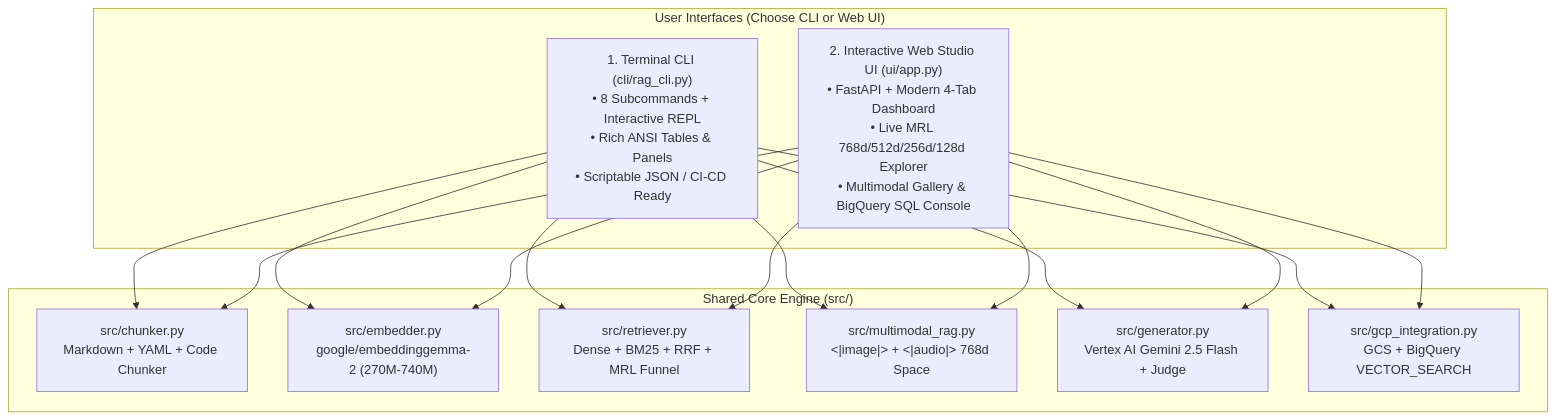
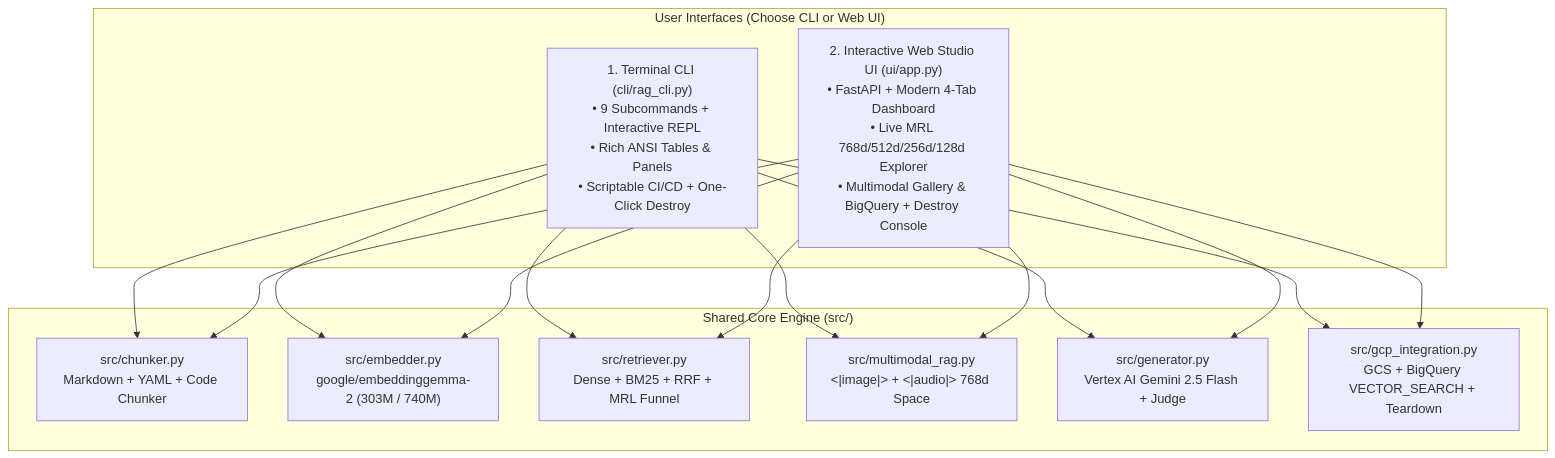
One commit to ajithvnr2001/sarvam-docs changed the diagram in rag-embeddinggemma2-course/course/10_cli_and_ui_master_guide.md. Above: the diagram before and after it, drawn with Mermaid. The commit also changed other lines of this file and 14 other files, not shown here.

Commit message:
Fix all GFM/KaTeX/Mermaid lint issues & upgrade all 11 RAG course modules to MIT-Professor 4-pillar standard

````diff
--- a/rag-embeddinggemma2-course/course/10_cli_and_ui_master_guide.md
+++ b/rag-embeddinggemma2-course/course/10_cli_and_ui_master_guide.md
@@ -13,19 +14,19 @@
 ```mermaid
 flowchart TB
     subgraph Interfaces["User Interfaces (Choose CLI or Web UI)"]
-        CLI["1. Terminal CLI (cli/rag_cli.py)\n• 8 Subcommands + Interactive REPL\n• Rich ANSI Tables & Panels\n• Scriptable JSON / CI-CD Ready"]
-        UI["2. Interactive Web Studio UI (ui/app.py)\n• FastAPI + Modern 4-Tab Dashboard\n• Live MRL 768d/512d/256d/128d Explorer\n• Multimodal Gallery & BigQuery SQL Console"]
+        CLI["1. Terminal CLI (cli/rag_cli.py)<br/>• 9 Subcommands + Interactive REPL<br/>• Rich ANSI Tables & Panels<br/>• Scriptable CI/CD + One-Click Destroy"]
+        UI["2. Interactive Web Studio UI (ui/app.py)<br/>• FastAPI + Modern 4-Tab Dashboard<br/>• Live MRL 768d/512d/256d/128d Explorer<br/>• Multimodal Gallery & BigQuery + Destroy Console"]
     end
 
     subgraph CoreEngine["Shared Core Engine (src/)"]
-        CH["src/chunker.py\nMarkdown + YAML + Code Chunker"]
-        EM["src/embedder.py\ngoogle/embeddinggemma-2 (270M-740M)"]
-        RT["src/retriever.py\nDense + BM25 + RRF + MRL Funnel"]
-        MM["src/multimodal_rag.py\n<|image|> + <|audio|> 768d Space"]
-        GN["src/generator.py\nVertex AI Gemini 2.5 Flash + Judge"]
-        GC["src/gcp_integration.py\nGCS + BigQuery VECTOR_SEARCH"]
+        CH["src/chunker.py<br/>Markdown + YAML + Code Chunker"]
+        EM["src/embedder.py<br/>google/embeddinggemma-2 (303M / 740M)"]
+        RT["src/retriever.py<br/>Dense + BM25 + RRF + MRL Funnel"]
+        MM["src/multimodal_rag.py<br/><|image|> + <|audio|> 768d Space"]
+        GN["src/generator.py<br/>Vertex AI Gemini 2.5 Flash + Judge"]
+        GC["src/gcp_integration.py<br/>GCS + BigQuery VECTOR_SEARCH + Teardown"]
     end
 
     CLI --> CH & EM & RT & MM & GN & GC
     UI --> CH & EM & RT & MM & GN & GC
 ```
````
